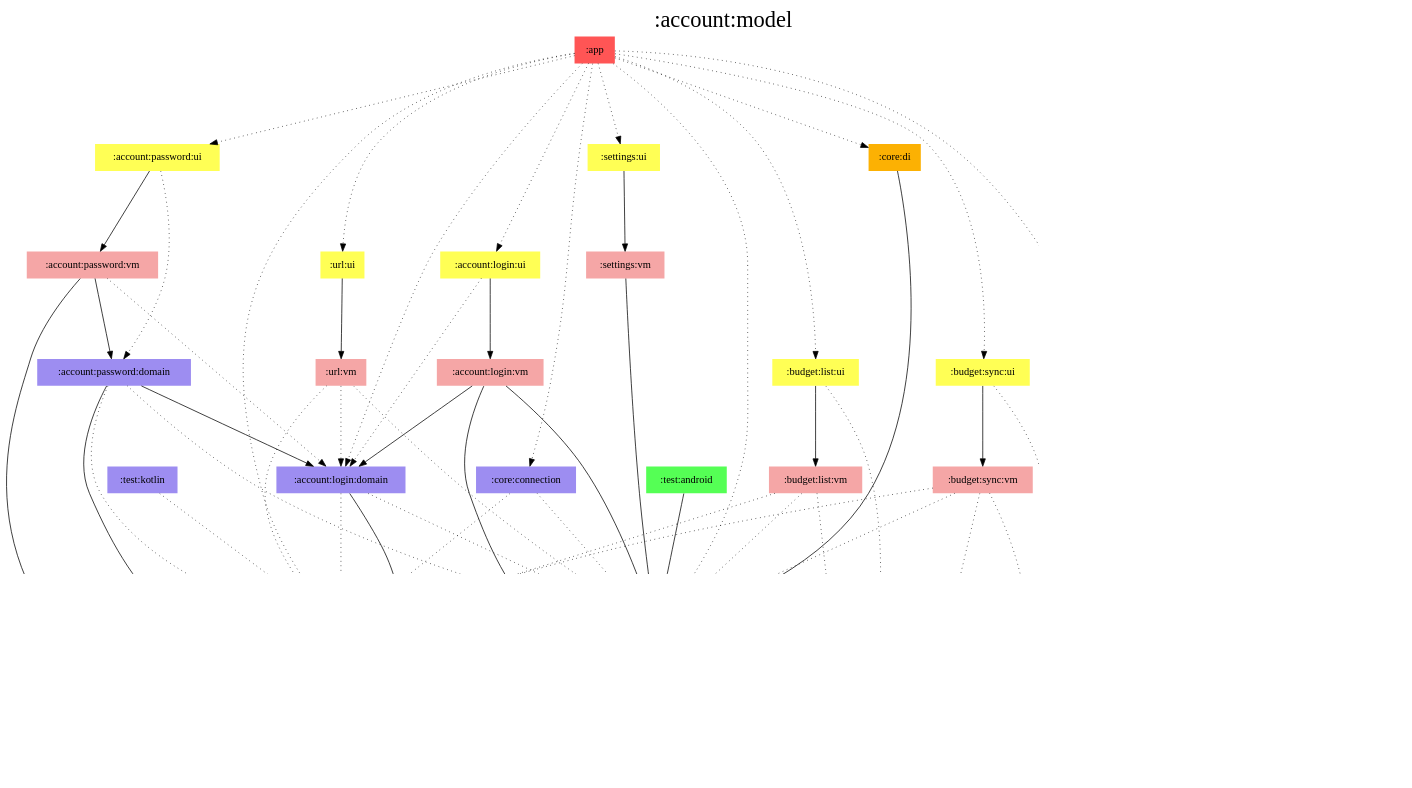
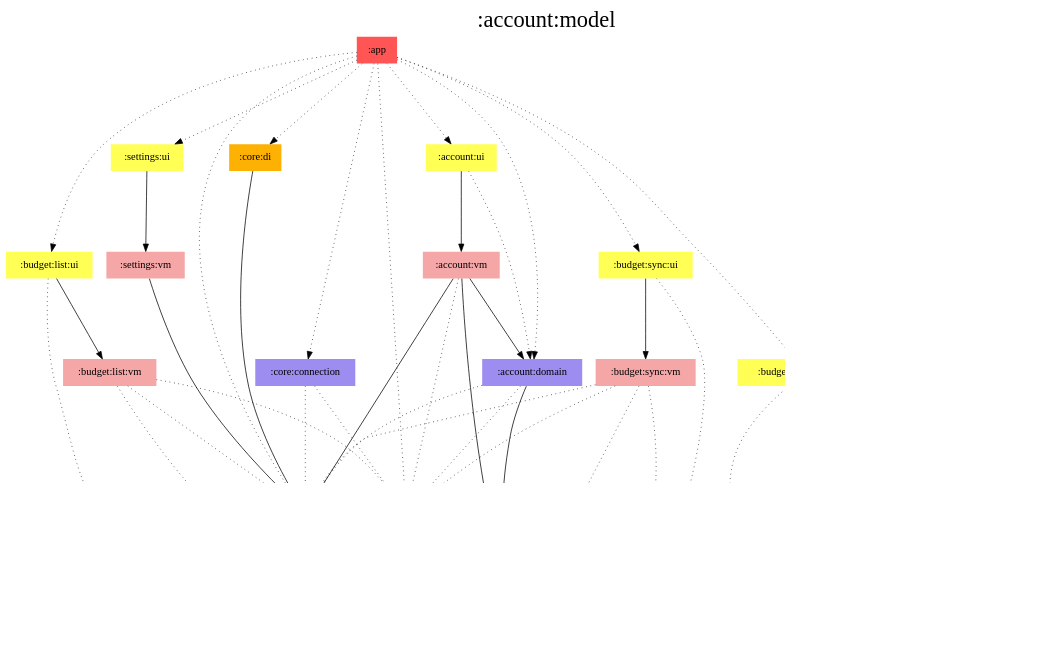
The diagram in modules/account/model/modules.dot (jonapoul/aktual), drawn with Graphviz before and after one commit. The commit also changed 134 other files, not shown here.

First line of the commit message:
Merge login, password and URL modules (#289)

```diff
--- a/modules/account/model/modules.dot
+++ b/modules/account/model/modules.dot
@@ -1,106 +1,82 @@
 digraph {
 edge ["dir"="forward"]
 graph ["dpi"="100","label"=":account:model","labelloc"="t","fontsize"="30","ranksep"="1.5","rankdir"="TB"]
 node ["style"="filled"]
-":account:login:domain" ["fillcolor"="#9D8DF1","shape"="none"]
-":account:login:ui" ["fillcolor"="#FFFF55","shape"="none"]
-":account:login:vm" ["fillcolor"="#F5A6A6","shape"="none"]
+":account:domain" ["fillcolor"="#9D8DF1","shape"="none"]
 ":account:model" ["fillcolor"="#9D8DF1","color"="black","penwidth"="3","shape"="box"]
-":account:password:domain" ["fillcolor"="#9D8DF1","shape"="none"]
-":account:password:ui" ["fillcolor"="#FFFF55","shape"="none"]
-":account:password:vm" ["fillcolor"="#F5A6A6","shape"="none"]
+":account:ui" ["fillcolor"="#FFFF55","shape"="none"]
+":account:vm" ["fillcolor"="#F5A6A6","shape"="none"]
 ":api:actual" ["fillcolor"="#9D8DF1","shape"="none"]
 ":app" ["fillcolor"="#FF5555","shape"="none"]
 ":budget:encryption" ["fillcolor"="#9D8DF1","shape"="none"]
 ":budget:list:ui" ["fillcolor"="#FFFF55","shape"="none"]
 ":budget:list:vm" ["fillcolor"="#F5A6A6","shape"="none"]
 ":budget:sync:ui" ["fillcolor"="#FFFF55","shape"="none"]
 ":budget:sync:vm" ["fillcolor"="#F5A6A6","shape"="none"]
 ":budget:transactions:ui" ["fillcolor"="#FFFF55","shape"="none"]
 ":budget:transactions:vm" ["fillcolor"="#F5A6A6","shape"="none"]
 ":core:connection" ["fillcolor"="#9D8DF1","shape"="none"]
 ":core:di" ["fillcolor"="#FCB103","shape"="none"]
 ":prefs" ["fillcolor"="#9D8DF1","shape"="none"]
 ":settings:ui" ["fillcolor"="#FFFF55","shape"="none"]
 ":settings:vm" ["fillcolor"="#F5A6A6","shape"="none"]
-":test:android" ["fillcolor"="#55FF55","shape"="none"]
-":test:kotlin" ["fillcolor"="#9D8DF1","shape"="none"]
-":url:ui" ["fillcolor"="#FFFF55","shape"="none"]
-":url:vm" ["fillcolor"="#F5A6A6","shape"="none"]
 {
 edge ["dir"="none"]
 graph ["rank"="same"]
 ":account:model"
 }
-":account:login:domain" -> ":account:model"
-":account:login:domain" -> ":api:actual" ["style"="dotted"]
-":account:login:domain" -> ":prefs" ["style"="dotted"]
-":account:login:ui" -> ":account:login:domain" ["style"="dotted"]
-":account:login:ui" -> ":account:login:vm"
-":account:login:vm" -> ":account:login:domain"
-":account:login:vm" -> ":account:model"
-":account:login:vm" -> ":prefs"
-":account:password:domain" -> ":account:login:domain"
-":account:password:domain" -> ":account:model"
-":account:password:domain" -> ":api:actual" ["style"="dotted"]
-":account:password:domain" -> ":prefs" ["style"="dotted"]
-":account:password:ui" -> ":account:password:domain" ["style"="dotted"]
-":account:password:ui" -> ":account:password:vm"
-":account:password:vm" -> ":account:login:domain" ["style"="dotted"]
-":account:password:vm" -> ":account:model"
-":account:password:vm" -> ":account:password:domain"
+":account:domain" -> ":account:model"
+":account:domain" -> ":api:actual" ["style"="dotted"]
+":account:domain" -> ":prefs" ["style"="dotted"]
+":account:ui" -> ":account:domain" ["style"="dotted"]
+":account:ui" -> ":account:vm"
+":account:vm" -> ":account:domain"
+":account:vm" -> ":account:model"
+":account:vm" -> ":api:actual" ["style"="dotted"]
+":account:vm" -> ":prefs"
 ":api:actual" -> ":account:model"
-":app" -> ":account:login:domain" ["style"="dotted"]
-":app" -> ":account:login:ui" ["style"="dotted"]
-":app" -> ":account:password:ui" ["style"="dotted"]
+":app" -> ":account:domain" ["style"="dotted"]
+":app" -> ":account:ui" ["style"="dotted"]
 ":app" -> ":api:actual" ["style"="dotted"]
 ":app" -> ":budget:list:ui" ["style"="dotted"]
 ":app" -> ":budget:sync:ui" ["style"="dotted"]
 ":app" -> ":budget:transactions:ui" ["style"="dotted"]
 ":app" -> ":core:connection" ["style"="dotted"]
 ":app" -> ":core:di" ["style"="dotted"]
 ":app" -> ":prefs" ["style"="dotted"]
 ":app" -> ":settings:ui" ["style"="dotted"]
-":app" -> ":url:ui" ["style"="dotted"]
 ":budget:encryption" -> ":account:model"
 ":budget:list:ui" -> ":account:model" ["style"="dotted"]
 ":budget:list:ui" -> ":budget:list:vm"
 ":budget:list:vm" -> ":account:model" ["style"="dotted"]
 ":budget:list:vm" -> ":api:actual" ["style"="dotted"]
 ":budget:list:vm" -> ":prefs" ["style"="dotted"]
 ":budget:sync:ui" -> ":account:model" ["style"="dotted"]
 ":budget:sync:ui" -> ":budget:sync:vm"
 ":budget:sync:vm" -> ":account:model" ["style"="dotted"]
 ":budget:sync:vm" -> ":api:actual" ["style"="dotted"]
 ":budget:sync:vm" -> ":budget:encryption" ["style"="dotted"]
 ":budget:sync:vm" -> ":prefs" ["style"="dotted"]
 ":budget:transactions:ui" -> ":account:model" ["style"="dotted"]
 ":budget:transactions:ui" -> ":budget:transactions:vm"
 ":budget:transactions:vm" -> ":account:model" ["style"="dotted"]
 ":core:connection" -> ":api:actual" ["style"="dotted"]
 ":core:connection" -> ":prefs" ["style"="dotted"]
 ":core:di" -> ":prefs"
 ":prefs" -> ":account:model"
 ":settings:ui" -> ":settings:vm"
 ":settings:vm" -> ":prefs"
-":test:android" -> ":prefs"
-":test:kotlin" -> ":api:actual" ["style"="dotted"]
-":url:ui" -> ":url:vm"
-":url:vm" -> ":account:login:domain" ["style"="dotted"]
-":url:vm" -> ":api:actual" ["style"="dotted"]
-":url:vm" -> ":prefs" ["style"="dotted"]
 subgraph "cluster_legend" {
 edge ["dir"="none"]
 graph ["label"="Legend","fontsize"="20"]
 "Legend" ["style"="filled","fillcolor"="#FFFFFF","shape"="none","margin"="0","fontsize"="15","label"=<
 <TABLE BORDER="0" CELLBORDER="0" CELLSPACING="0" CELLPADDING="4">
 <TR><TD>App</TD><TD BGCOLOR="#FF5555">module-name</TD></TR>
 <TR><TD>ViewModel</TD><TD BGCOLOR="#F5A6A6">module-name</TD></TR>
 <TR><TD>Hilt</TD><TD BGCOLOR="#FCB103">module-name</TD></TR>
 <TR><TD>Compose</TD><TD BGCOLOR="#FFFF55">module-name</TD></TR>
-<TR><TD>Android</TD><TD BGCOLOR="#55FF55">module-name</TD></TR>
 <TR><TD>Multiplatform</TD><TD BGCOLOR="#9D8DF1">module-name</TD></TR>
 </TABLE>
 >]
 } -> ":account:model" ["style"="invis"]
 }
```
